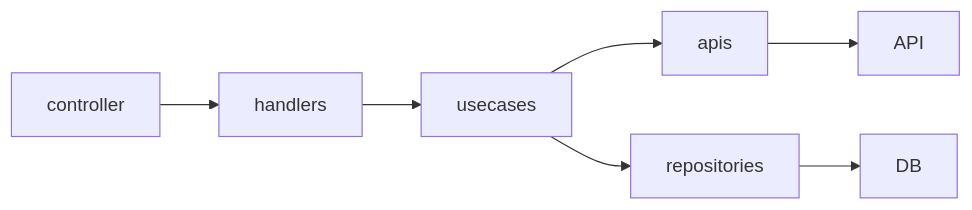
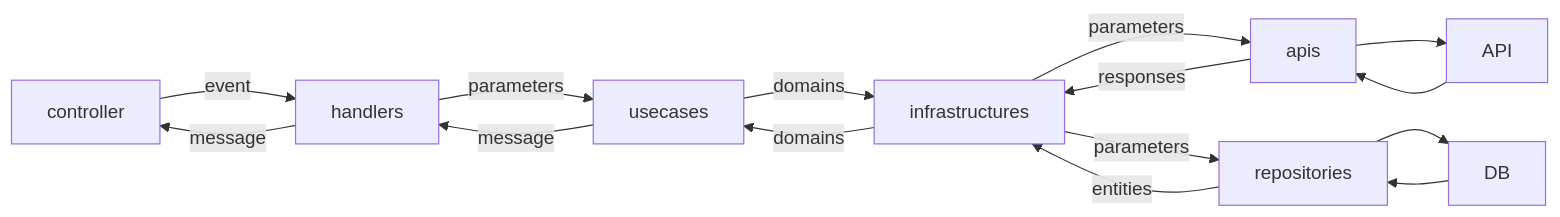
One commit to mitsuoka0423/line-gpts changed the diagram in README.md. Above: the diagram before and after it, drawn with Mermaid. The commit also changed 23 other files, not shown here.

````diff
--- a/README.md
+++ b/README.md
@@ -37,5 +37,17 @@
 ```mermaid
 graph LR
-	controller --> handlers --> usecases --> apis --> API
-	usecases --> repositories --> DB
+	controller -->|event| handlers
+	handlers -->|parameters| usecases
+	usecases --> |domains| infrastructures
+	infrastructures -->|parameters| apis
+	apis --> API
+	infrastructures -->|parameters| repositories
+	repositories --> DB
+	DB --> repositories
+	repositories -->|entities| infrastructures
+	API --> apis
+	apis -->|responses| infrastructures
+	infrastructures -->|domains| usecases
+	usecases -->|message| handlers
+	handlers -->|message| controller
 ```
````
